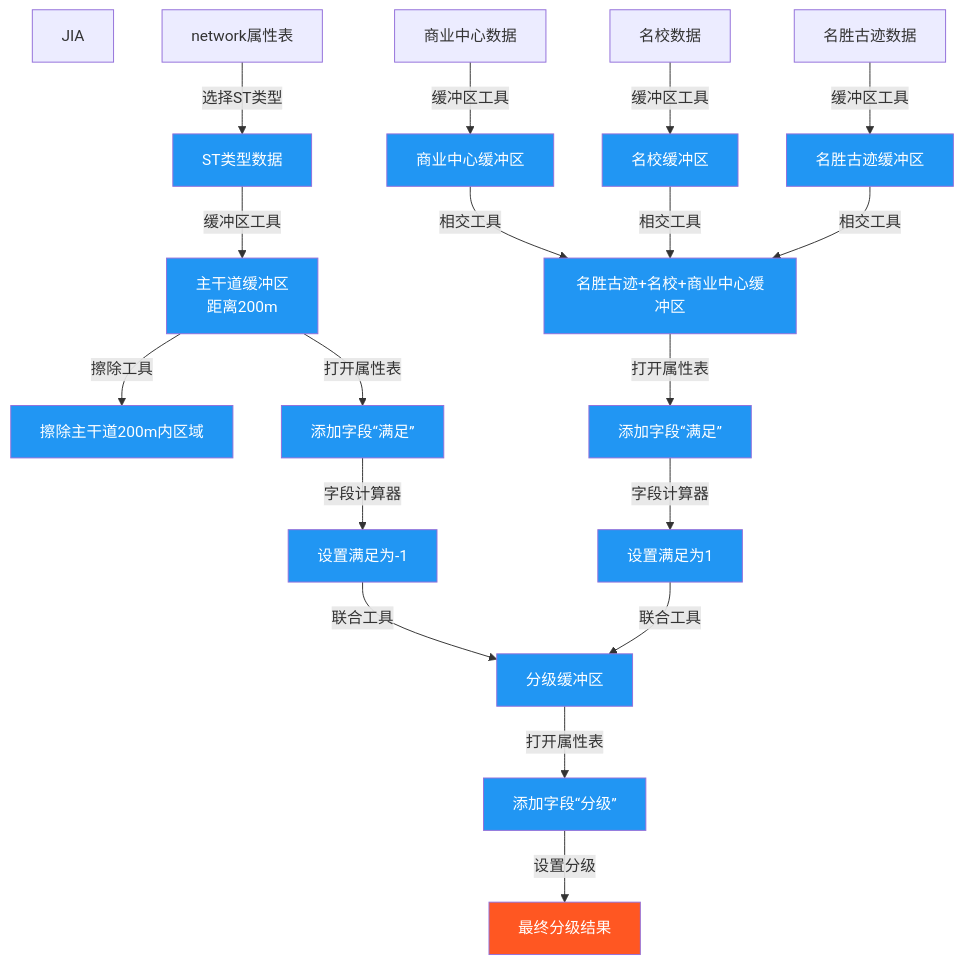
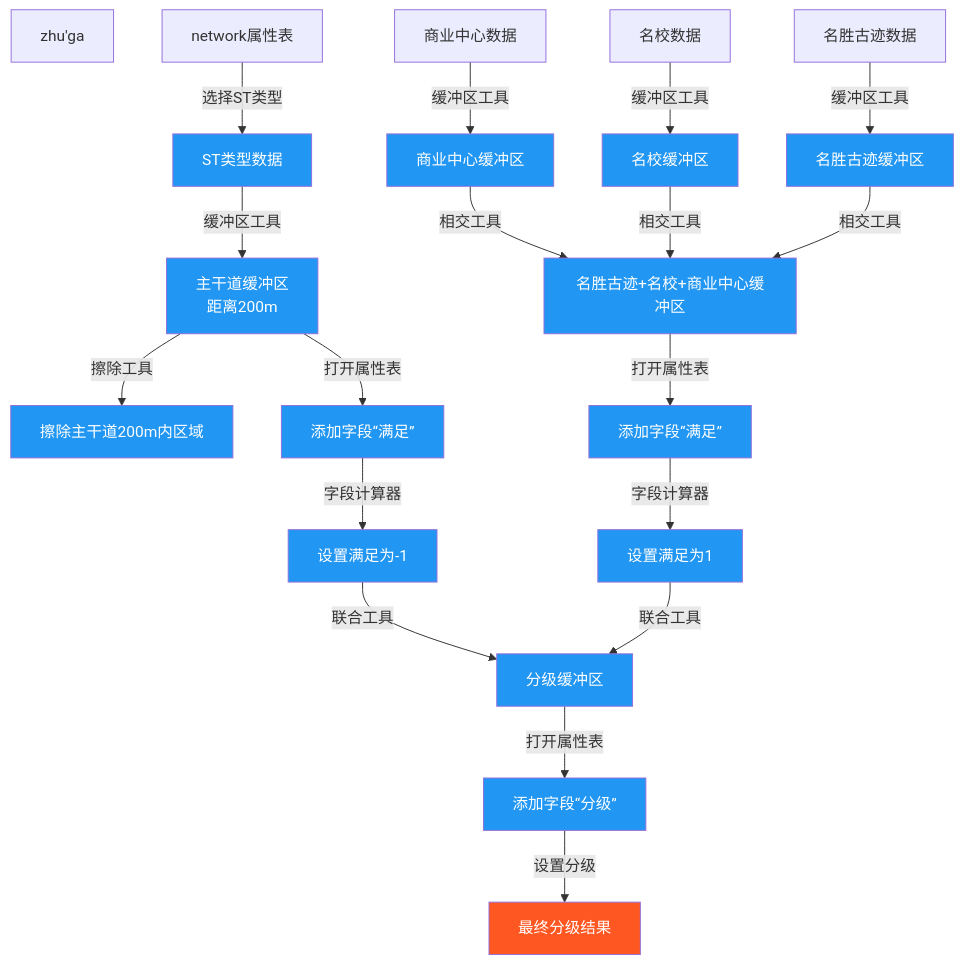
The diagram in all/未命名.md (newguser/iodraw-files), drawn with Mermaid before and after one commit.

Commit message:
2025-02-27 20:29:09 update

````diff
--- a/all/未命名.md
+++ b/all/未命名.md
@@ -1,26 +1,26 @@
 ```mermaid
 graph TD
-        A0[JIA]
+        A0[zhu'ga]
         A1[network属性表] -->|选择ST类型| A2[ST类型数据]
         A2 -->|缓冲区工具| A3[主干道缓冲区<br>距离200m]
         B1[商业中心数据] -->|缓冲区工具| B2[商业中心缓冲区]
         C1[名校数据] -->|缓冲区工具| C2[名校缓冲区]
 
         D1[名胜古迹数据] -->|缓冲区工具| D2[名胜古迹缓冲区]
         B2[商业中心缓冲区]-->|相交工具| E1[名胜古迹+名校+商业中心缓冲区]
         C2[名校缓冲区]-->|相交工具| E1[名胜古迹+名校+商业中心缓冲区]
         D2 -->|相交工具| E1[名胜古迹+名校+商业中心缓冲区]
         A3 -->|擦除工具| E2[擦除主干道200m内区域]
         E1 -->|打开属性表| E3[添加字段“满足”]
         E3 -->|字段计算器| E4[设置满足为1]
         A3 -->|打开属性表| E5[添加字段“满足”]
         E5 -->|字段计算器| E6[设置满足为-1]
         E4 -->|联合工具| E7[分级缓冲区]
         E6 -->|联合工具| E7
         E7 -->|打开属性表| E8[添加字段“分级”]
         E8 -->|设置分级| E9[最终分级结果]
     
     style E9 fill:#FF5722,color:white
     classDef process fill:#2196F3,color:white;
     class A2,A3,B2,C2,D2,E1,E2,E3,E4,E5,E6,E7,E8 process
 ```
````
